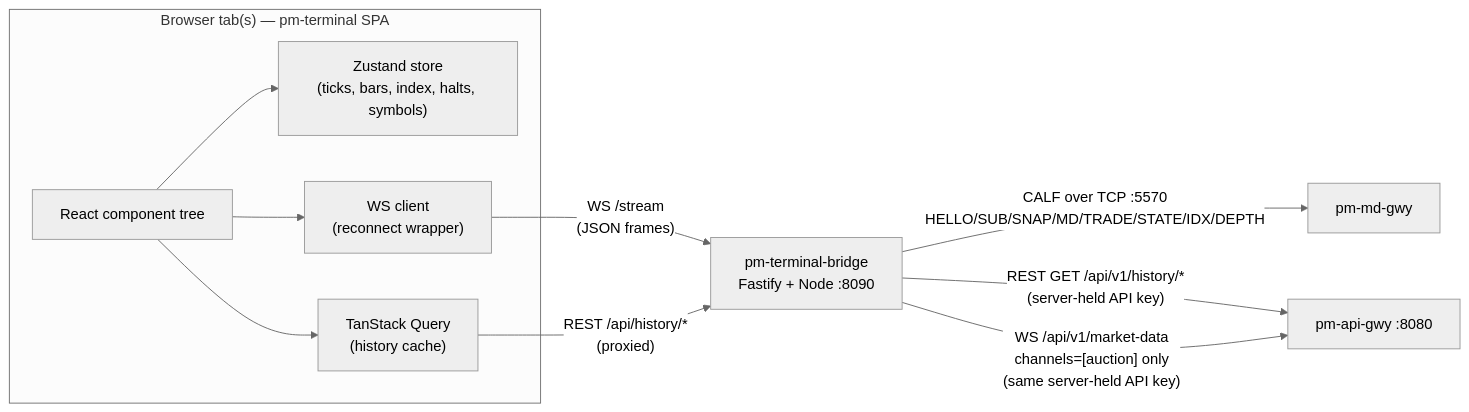
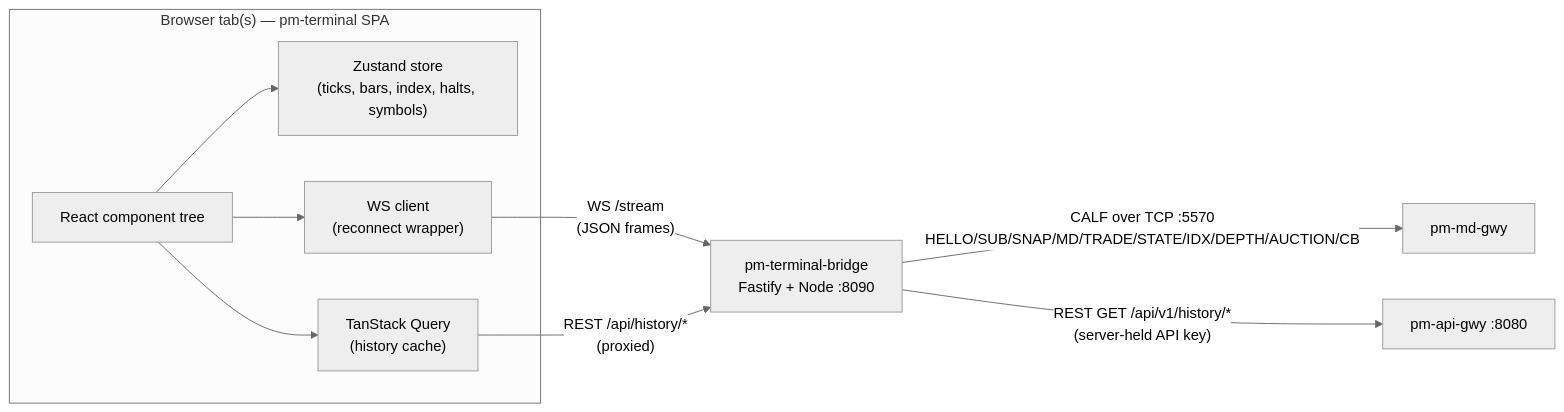
The diagram in docs-design/EduMatcher-Terminal-GUI.md (johan162/EduMatcher), drawn with Mermaid (neutral theme) before and after one commit. The commit also changed other lines of this file, not shown here.

````diff
--- a/docs-design/EduMatcher-Terminal-GUI.md
+++ b/docs-design/EduMatcher-Terminal-GUI.md
@@ -534,19 +692,18 @@
 ```mermaid
 flowchart LR
     subgraph Browser["Browser tab(s) — pm-terminal SPA"]
         REACT["React component tree"]
         ZUSTAND["Zustand store\n(ticks, bars, index, halts, symbols)"]
         TQ["TanStack Query\n(history cache)"]
         WS["WS client\n(reconnect wrapper)"]
         REACT --> ZUSTAND
         REACT --> TQ
         REACT --> WS
     end
 
     WS -->|"WS /stream\n(JSON frames)"| BRIDGE["pm-terminal-bridge\nFastify + Node :8090"]
     TQ -->|"REST /api/history/*\n(proxied)"| BRIDGE
 
-    BRIDGE -->|"CALF over TCP :5570\nHELLO/SUB/SNAP/MD/TRADE/STATE/IDX/DEPTH"| MDGWY["pm-md-gwy"]
+    BRIDGE -->|"CALF over TCP :5570\nHELLO/SUB/SNAP/MD/TRADE/STATE/IDX/DEPTH/AUCTION/CB"| MDGWY["pm-md-gwy"]
     BRIDGE -->|"REST GET /api/v1/history/*\n(server-held API key)"| APIGWY["pm-api-gwy :8080"]
-    BRIDGE -->|"WS /api/v1/market-data\nchannels=[auction] only\n(same server-held API key)"| APIGWY
 ```
````
